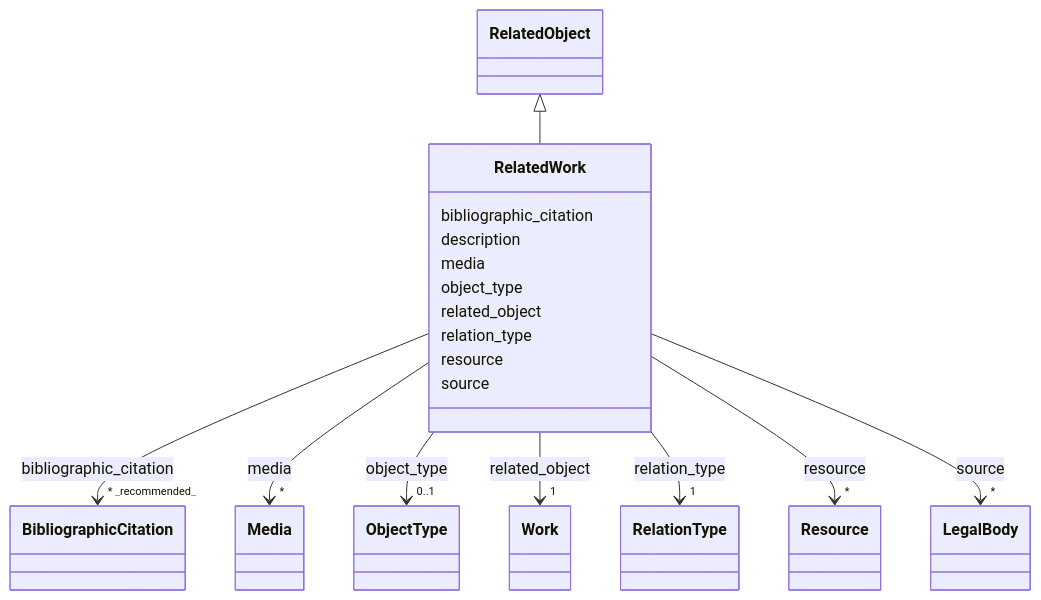
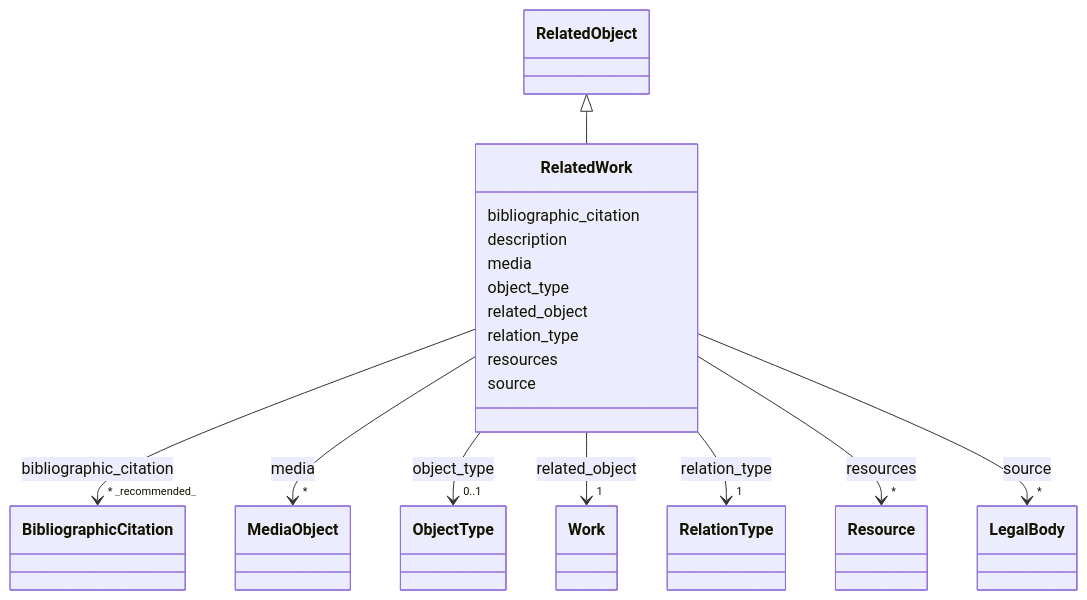
One commit to arqtrad/schema changed the diagram in docs/RelatedWork.md. Above: the diagram before and after it, drawn with Mermaid. The commit also changed other lines of this file and 137 other files, not shown here.

```diff
--- a/docs/RelatedWork.md
+++ b/docs/RelatedWork.md
@@ -46,8 +46,8 @@
 
 
 
-        RelatedWork --> "*" Media : media
-        click Media href "../Media/"
+        RelatedWork --> "*" MediaObject : media
+        click MediaObject href "../MediaObject/"
 
 
 
@@ -84,13 +84,13 @@
 
 
 
-      RelatedWork : resource
+      RelatedWork : resources
 
 
 
 
 
-        RelatedWork --> "*" Resource : resource
+        RelatedWork --> "*" Resource : resources
         click Resource href "../Resource/"
 
 
```
